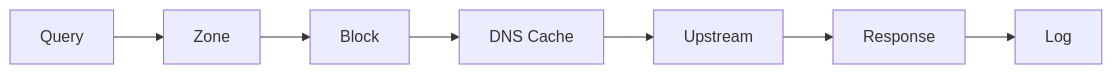
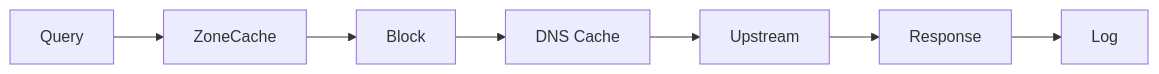
One commit to haukened/rr-dns changed the third of 9 diagrams in docs/arc42.md. Above: the diagram before and after it, drawn with Mermaid. The commit also changed other lines of this file and 1 other file, not shown here.

Commit message:
feat: add ZoneCache documentation and integration details in arc42 and README

````diff
--- a/docs/arc42.md
+++ b/docs/arc42.md
@@ -83,9 +85,9 @@
 ```mermaid
 graph LR
-  Query --> Zone
-  Zone --> Block
+  Query --> ZoneCache
+  ZoneCache --> Block
   Block --> dnscache[DNS Cache]
   dnscache --> Upstream
   Upstream --> Response
   Response --> Log
 ```
````
